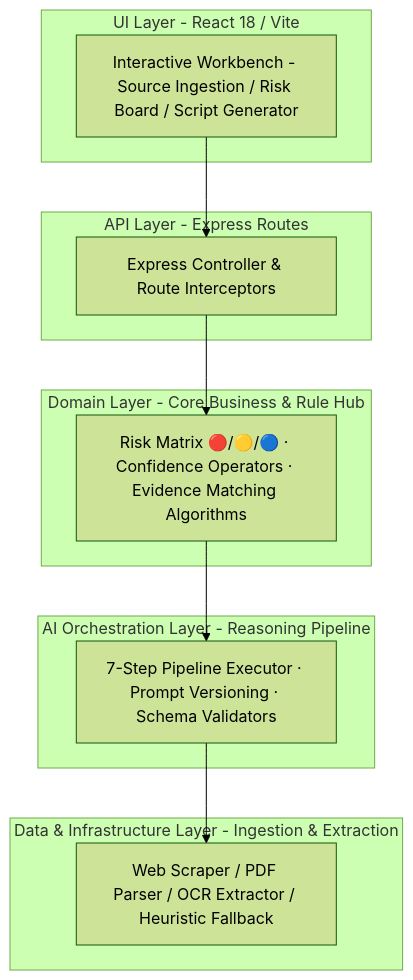
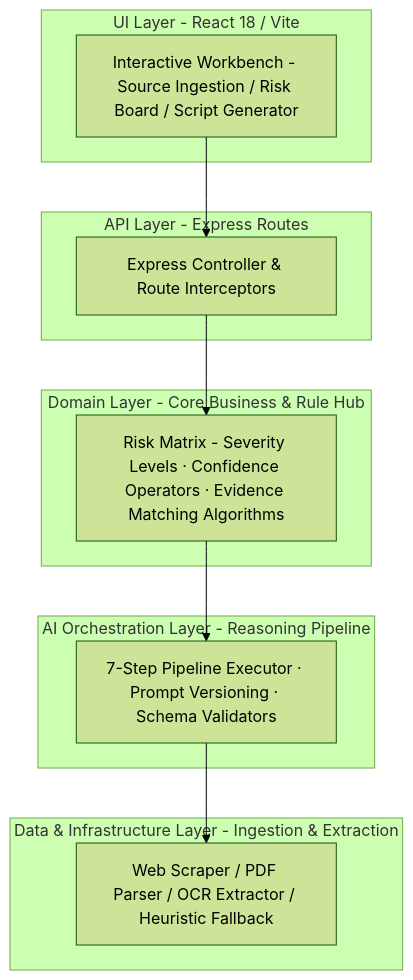
Before and after one commit to MeiSiristhebest/youju: the first of 3 diagrams in README_EN.md, drawn with Mermaid (forest theme). The commit also changed other lines of this file and 1 other file, not shown here.

Commit message:
docs(readme): optimize zh + en; fix Mermaid (emoji→text, quotes), badges, add Security & Contributing, expected outputs

````diff
--- a/README_EN.md
+++ b/README_EN.md
@@ -32,27 +32,27 @@
 ```mermaid
 graph TD
-    subgraph Layer1 [UI Layer - React 18 / Vite]
-        UI[Interactive Workbench - Source Ingestion / Risk Board / Script Generator]
+    subgraph Layer1["UI Layer - React 18 / Vite"]
+        UI["Interactive Workbench - Source Ingestion / Risk Board / Script Generator"]
     end
 
-    subgraph Layer2 [API Layer - Express Routes]
-        API[Express Controller & Route Interceptors]
+    subgraph Layer2["API Layer - Express Routes"]
+        API["Express Controller & Route Interceptors"]
     end
 
-    subgraph Layer3 [Domain Layer - Core Business & Rule Hub]
-        Domain[Risk Matrix 🔴/🟡/🔵 · Confidence Operators · Evidence Matching Algorithms]
+    subgraph Layer3["Domain Layer - Core Business & Rule Hub"]
+        Domain["Risk Matrix - Severity Levels · Confidence Operators · Evidence Matching Algorithms"]
     end
 
-    subgraph Layer4 [AI Orchestration Layer - Reasoning Pipeline]
-        Orchestration[7-Step Pipeline Executor · Prompt Versioning · Schema Validators]
+    subgraph Layer4["AI Orchestration Layer - Reasoning Pipeline"]
+        Orchestration["7-Step Pipeline Executor · Prompt Versioning · Schema Validators"]
     end
 
-    subgraph Layer5 [Data & Infrastructure Layer - Ingestion & Extraction]
-        Data[Web Scraper / PDF Parser / OCR Extractor / Heuristic Fallback]
+    subgraph Layer5["Data & Infrastructure Layer - Ingestion & Extraction"]
+        Data["Web Scraper / PDF Parser / OCR Extractor / Heuristic Fallback"]
     end
 
     UI --> API
     API --> Domain
     Domain --> Orchestration
     Orchestration --> Data
 ```
````
